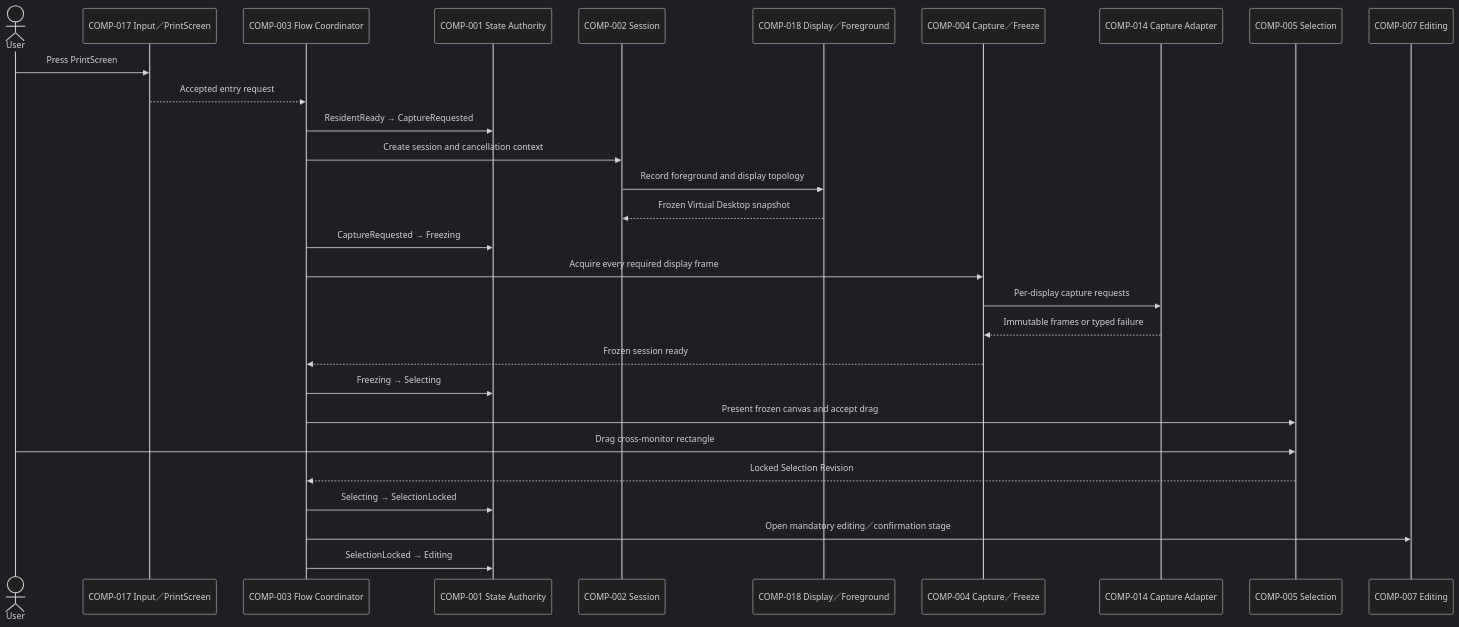
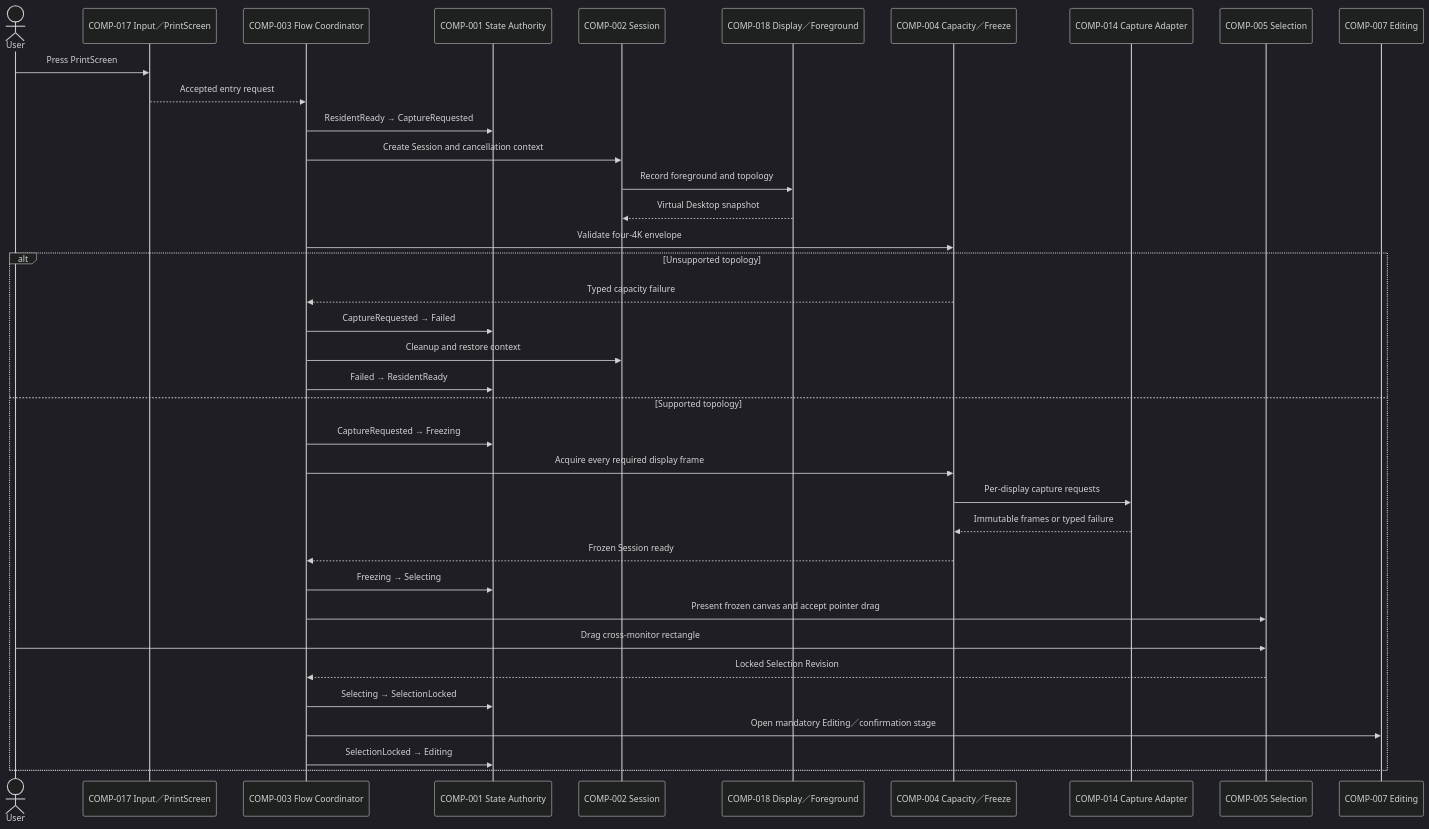
Before and after one commit to gn02033417/SnipPlus: the first of 5 diagrams in Architecture/ARCH-0005-component-interactions.md, drawn with Mermaid (dark theme). The commit also changed other lines of this file, not shown here.

````diff
--- a/Architecture/ARCH-0005-component-interactions.md
+++ b/Architecture/ARCH-0005-component-interactions.md
@@ -35,32 +36,40 @@
 ```mermaid
 sequenceDiagram
     actor User
     participant Input as COMP-017 Input／PrintScreen
     participant Flow as COMP-003 Flow Coordinator
     participant State as COMP-001 State Authority
     participant Session as COMP-002 Session
     participant Display as COMP-018 Display／Foreground
-    participant Freeze as COMP-004 Capture／Freeze
+    participant Freeze as COMP-004 Capacity／Freeze
     participant Capture as COMP-014 Capture Adapter
     participant Selection as COMP-005 Selection
     participant Editing as COMP-007 Editing
 
     User->>Input: Press PrintScreen
     Input-->>Flow: Accepted entry request
     Flow->>State: ResidentReady → CaptureRequested
-    Flow->>Session: Create session and cancellation context
-    Session->>Display: Record foreground and display topology
-    Display-->>Session: Frozen Virtual Desktop snapshot
-    Flow->>State: CaptureRequested → Freezing
-    Flow->>Freeze: Acquire every required display frame
-    Freeze->>Capture: Per-display capture requests
-    Capture-->>Freeze: Immutable frames or typed failure
-    Freeze-->>Flow: Frozen session ready
-    Flow->>State: Freezing → Selecting
-    Flow->>Selection: Present frozen canvas and accept drag
-    User->>Selection: Drag cross-monitor rectangle
-    Selection-->>Flow: Locked Selection Revision
-    Flow->>State: Selecting → SelectionLocked
-    Flow->>Editing: Open mandatory editing／confirmation stage
-    Flow->>State: SelectionLocked → Editing
+    Flow->>Session: Create Session and cancellation context
+    Session->>Display: Record foreground and topology
+    Display-->>Session: Virtual Desktop snapshot
+    Flow->>Freeze: Validate four-4K envelope
+    alt Unsupported topology
+        Freeze-->>Flow: Typed capacity failure
+        Flow->>State: CaptureRequested → Failed
+        Flow->>Session: Cleanup and restore context
+        Flow->>State: Failed → ResidentReady
+    else Supported topology
+        Flow->>State: CaptureRequested → Freezing
+        Flow->>Freeze: Acquire every required display frame
+        Freeze->>Capture: Per-display capture requests
+        Capture-->>Freeze: Immutable frames or typed failure
+        Freeze-->>Flow: Frozen Session ready
+        Flow->>State: Freezing → Selecting
+        Flow->>Selection: Present frozen canvas and accept pointer drag
+        User->>Selection: Drag cross-monitor rectangle
+        Selection-->>Flow: Locked Selection Revision
+        Flow->>State: Selecting → SelectionLocked
+        Flow->>Editing: Open mandatory Editing／confirmation stage
+        Flow->>State: SelectionLocked → Editing
+    end
 ```
````
